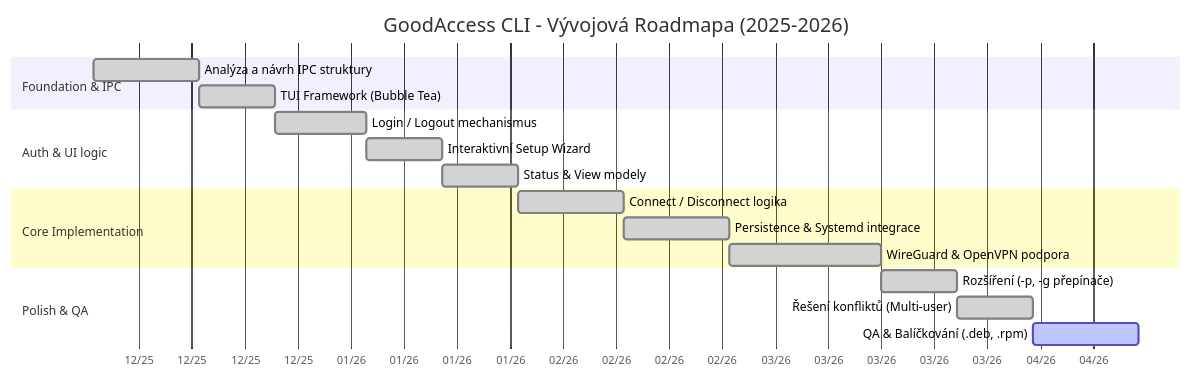
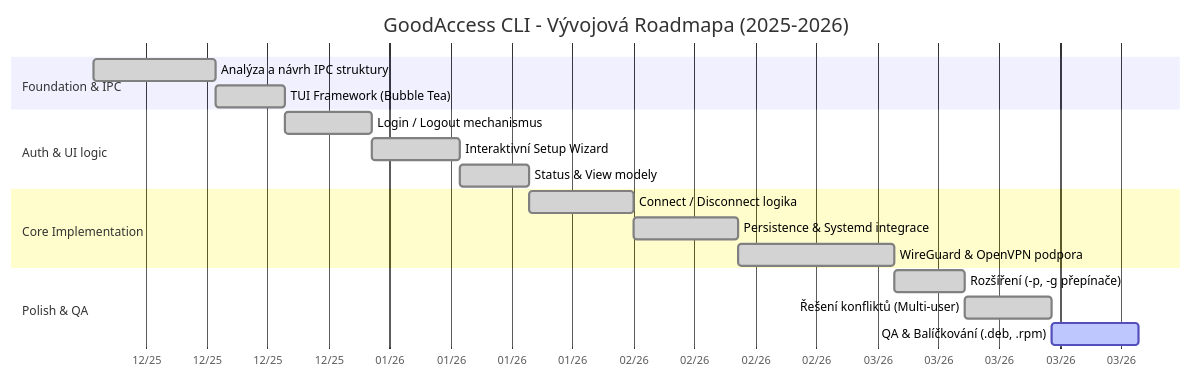
One commit to ValdemarPospisil/Bachelors changed the fourth of 4 diagrams in README.md. Above: the diagram before and after it, drawn with Mermaid.

````diff
--- a/README.md
+++ b/README.md
@@ -168,25 +168,25 @@
 ```mermaid
 gantt
     title GoodAccess CLI - Vývojová Roadmapa (2025-2026)
     dateFormat  YYYY-MM-DD
     axisFormat  %m/%y
     
     section Foundation & IPC
     Analýza a návrh IPC struktury :done, init, 2025-12-01, 14d
-    TUI Framework (Bubble Tea)    :done, tui, after init, 10d
+    TUI Framework (Bubble Tea)    :done, tui, after init, 8d
     
     section Auth & UI logic
-    Login / Logout mechanismus    :done, login, after tui, 12d
+    Login / Logout mechanismus    :done, login, after tui, 10d
     Interaktivní Setup Wizard     :done, setup, after login, 10d
-    Status & View modely          :done, stat, after setup, 10d
+    Status & View modely          :done, stat, after setup, 8d
 
     section Core Implementation
-    Connect / Disconnect logika   :done, conn, after stat, 14d
-    Persistence & Systemd integrace:done, pers, after conn, 14d
-    WireGuard & OpenVPN podpora   :done, vpn, after pers, 20d
+    Connect / Disconnect logika   :done, conn, after stat, 12d
+    Persistence & Systemd integrace:done, pers, after conn, 12d
+    WireGuard & OpenVPN podpora   :done, vpn, after pers, 18d
 
     section Polish & QA
-    Rozšíření (-p, -g přepínače)  :done, enh, after vpn, 10d
+    Rozšíření (-p, -g přepínače)  :done, enh, after vpn, 8d
     Řešení konfliktů (Multi-user) :done, conf, after enh, 10d
-    QA & Balíčkování (.deb, .rpm) :active, rel, after conf, 14d
+    QA & Balíčkování (.deb, .rpm) :active, rel, after conf, 10d
 ```
````
